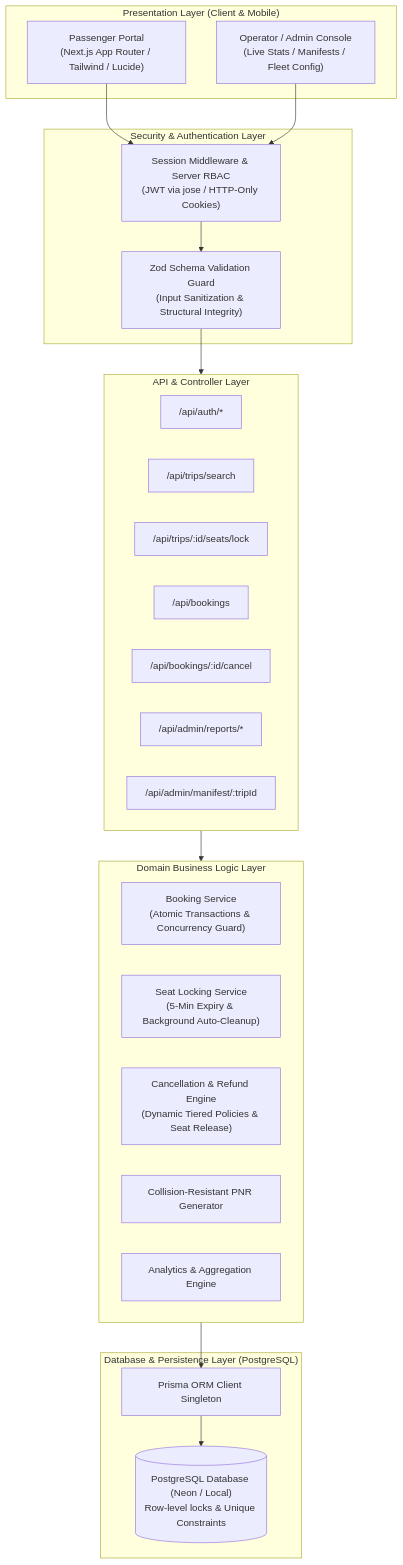
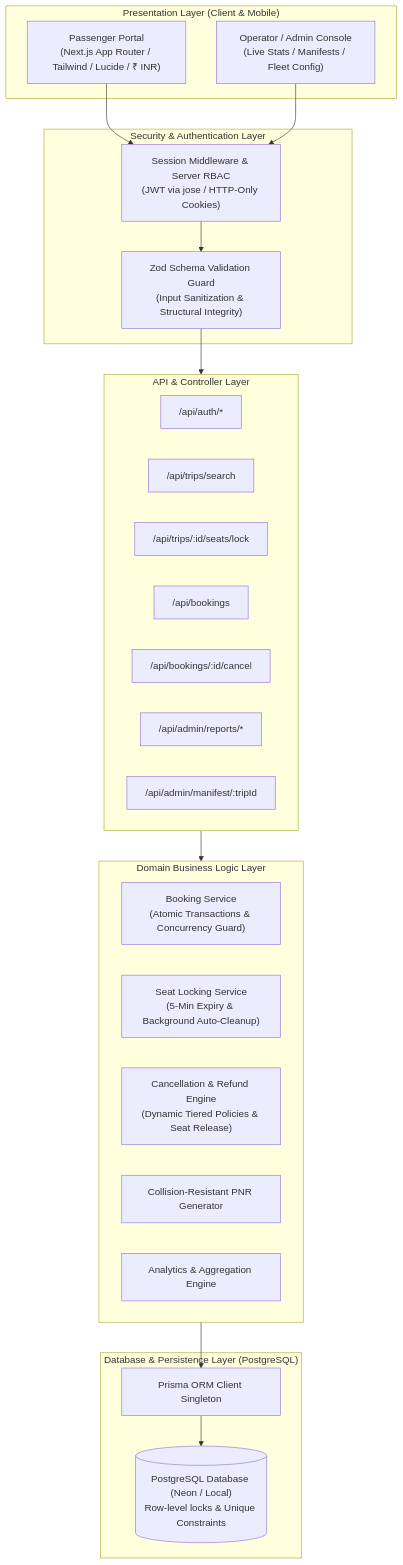
One commit to ritik5504/assign changed the first of 2 diagrams in README.md. Above: the diagram before and after it, drawn with Mermaid. The commit also changed other lines of this file and 81 other files, not shown here.

````diff
--- a/README.md
+++ b/README.md
@@ -26,44 +26,44 @@
 ```mermaid
 flowchart TD
     subgraph Client["Presentation Layer (Client & Mobile)"]
-        CustomerUI["Passenger Portal\n(Next.js App Router / Tailwind / Lucide)"]
+        CustomerUI["Passenger Portal\n(Next.js App Router / Tailwind / Lucide / ₹ INR)"]
         AdminUI["Operator / Admin Console\n(Live Stats / Manifests / Fleet Config)"]
     end
 
     subgraph EdgeAuth["Security & Authentication Layer"]
         SessionGuard["Session Middleware & Server RBAC\n(JWT via jose / HTTP-Only Cookies)"]
         ZodValidator["Zod Schema Validation Guard\n(Input Sanitization & Structural Integrity)"]
     end
 
     subgraph API["API & Controller Layer"]
         AuthAPI["/api/auth/*"]
         TripSearchAPI["/api/trips/search"]
         SeatLockAPI["/api/trips/:id/seats/lock"]
         BookingAPI["/api/bookings"]
         CancelAPI["/api/bookings/:id/cancel"]
         AdminReportsAPI["/api/admin/reports/*"]
         ManifestAPI["/api/admin/manifest/:tripId"]
     end
 
     subgraph CoreServices["Domain Business Logic Layer"]
         BookingEngine["Booking Service\n(Atomic Transactions & Concurrency Guard)"]
         LockService["Seat Locking Service\n(5-Min Expiry & Background Auto-Cleanup)"]
         RefundEngine["Cancellation & Refund Engine\n(Dynamic Tiered Policies & Seat Release)"]
         PNRService["Collision-Resistant PNR Generator"]
         ReportService["Analytics & Aggregation Engine"]
     end
 
     subgraph Storage["Database & Persistence Layer (PostgreSQL)"]
         PrismaORM["Prisma ORM Client Singleton"]
         PG_DB[("PostgreSQL Database (Neon / Local)\nRow-level locks & Unique Constraints")]
     end
 
     CustomerUI --> SessionGuard
     AdminUI --> SessionGuard
     SessionGuard --> ZodValidator
     ZodValidator --> API
 
     API --> CoreServices
     CoreServices --> PrismaORM
     PrismaORM --> PG_DB
 ```
````
